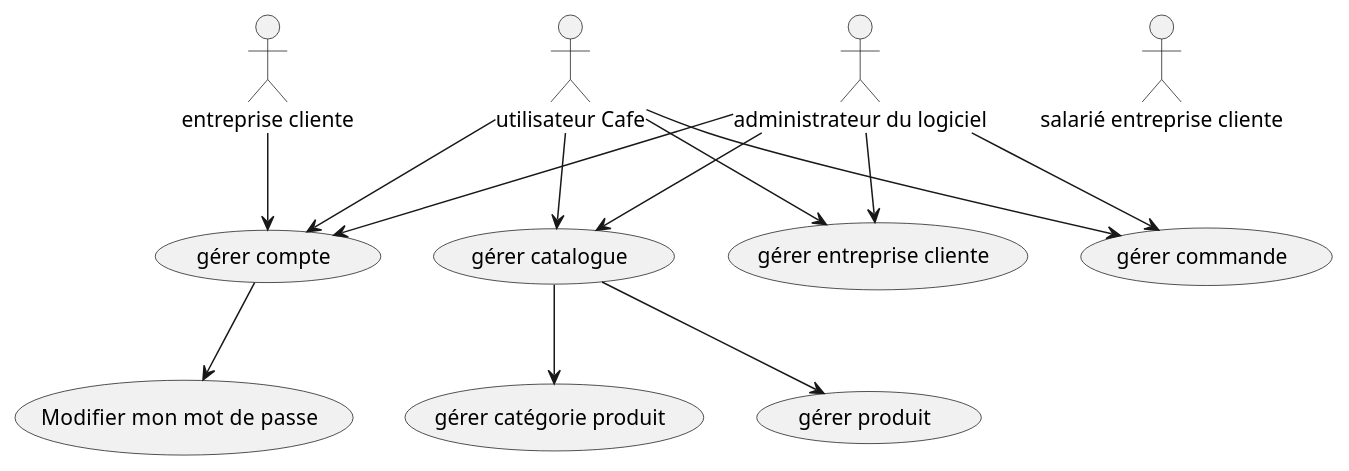
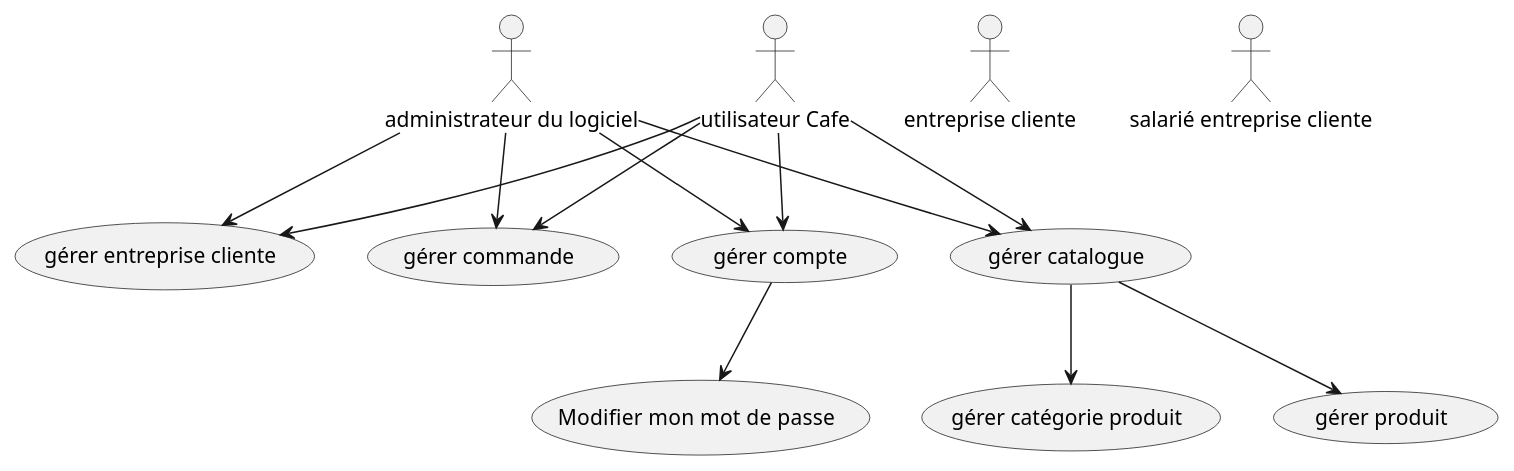
Before and after one commit to fadel-amar/Projet-cafe: the diagram in usecaseQ10.plantuml, drawn with PlantUML. The commit also changed 1 other file, not shown here.

```diff
--- a/usecaseQ10.plantuml
+++ b/usecaseQ10.plantuml
@@ -1,39 +1,39 @@
 @startuml
 
 usecase (gérer compte) as UC_Gerer_Compte
 usecase (gérer catalogue) as UC_Gerer_Catalogue
 usecase (gérer entreprise cliente) as UC_Gerer_Entreprise
 usecase (gérer commande) as UC_Gerer_Commande
 
 usecase (Modifier  mon mot de passe) as UC_MDP
 usecase (gérer produit) as UC_G_Produit
 usecase (gérer catégorie produit) as UC_G_Cat_Produit
 
 
 
 actor :administrateur du logiciel: as admin
 actor :utilisateur Cafe: as userCafe
 actor :entreprise cliente: as entreprise
 actor :salarié entreprise cliente: as salarie
 
 
 admin --> UC_Gerer_Compte
 admin --> UC_Gerer_Catalogue
 admin --> UC_Gerer_Entreprise
 admin --> UC_Gerer_Commande
 
 
 userCafe --> UC_Gerer_Compte
 userCafe --> UC_Gerer_Catalogue
 userCafe --> UC_Gerer_Entreprise
 userCafe --> UC_Gerer_Commande
 
 UC_Gerer_Compte --> UC_MDP
 UC_Gerer_Catalogue --> UC_G_Produit
 UC_Gerer_Catalogue --> UC_G_Cat_Produit
 
-entreprise --> UC_Gerer_Compte
+
 
 
 
 @enduml
```
